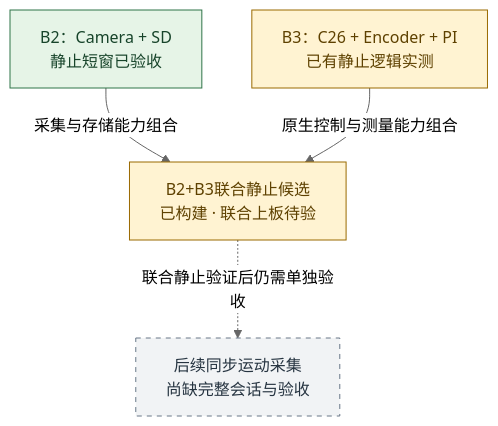
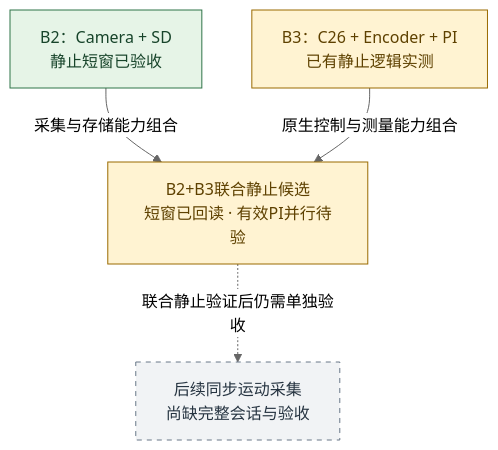
The second of 2 diagrams in docs/PROJECT_INDEX.md (fatezerozs/smartcar), drawn with Mermaid (neutral theme) before and after one commit. The commit also changed other lines of this file and 808 other files, not shown here.

````diff
--- a/docs/PROJECT_INDEX.md
+++ b/docs/PROJECT_INDEX.md
@@ -47,16 +55,16 @@
 ```mermaid
 flowchart TB
     B2["B2：Camera + SD<br/>静止短窗已验收"]
     B3["B3：C26 + Encoder + PI<br/>已有静止逻辑实测"]
-    JOINT["B2+B3联合静止候选<br/>已构建 · 联合上板待验"]
+    JOINT["B2+B3联合静止候选<br/>短窗已回读 · 有效PI并行待验"]
     MOTION["后续同步运动采集<br/>尚缺完整会话与验收"]
     B2 -->|采集与存储能力组合| JOINT
     B3 -->|原生控制与测量能力组合| JOINT
     JOINT -.->|联合静止验证后仍需单独验收| MOTION
     classDef passed fill:#e6f4e7,stroke:#2f7448,color:#17442a
     classDef pending fill:#fff3d2,stroke:#9a6a00,color:#5e4100
     classDef future fill:#f1f3f5,stroke:#687787,color:#263441,stroke-dasharray:5 5
     class B2 passed
     class B3,JOINT pending
     class MOTION future
 ```
````
